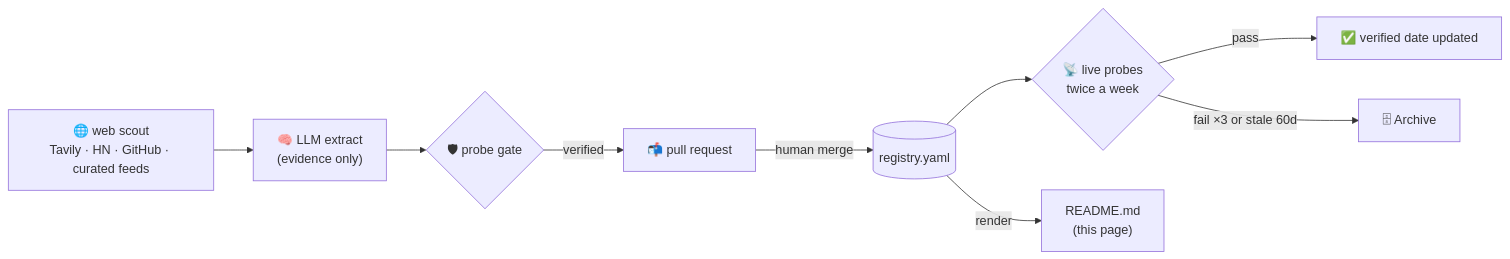
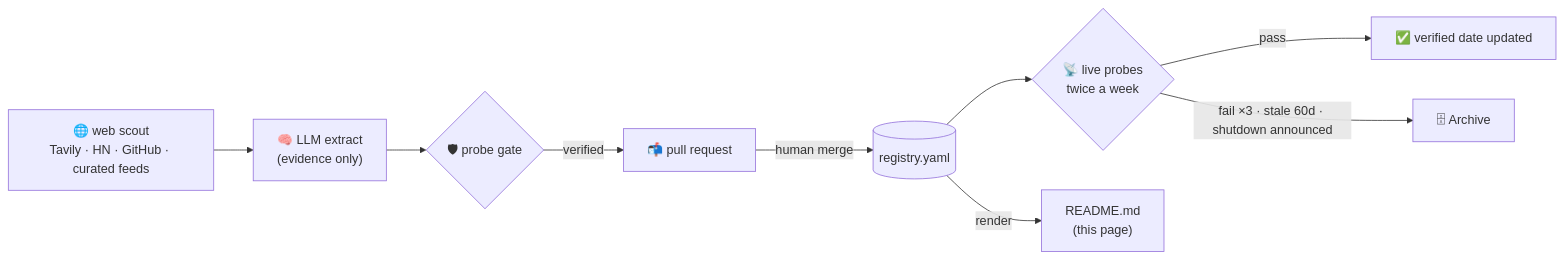
Before and after one commit to mvalentsev/awesome-free-ai-coding: the diagram in README.md, drawn with Mermaid. The commit also changed other lines of this file and 7 other files, not shown here.

````diff
--- a/README.md
+++ b/README.md
@@ -118,11 +119,11 @@
 ```mermaid
 flowchart LR
     S["🌐 web scout<br/>Tavily · HN · GitHub · curated feeds"] --> L["🧠 LLM extract<br/>(evidence only)"]
     L --> G{"🛡 probe gate"}
     G -->|verified| PR["📬 pull request"]
     PR -->|human merge| R[("registry.yaml")]
     R --> P{"📡 live probes<br/>twice a week"}
     P -->|pass| V["✅ verified date updated"]
-    P -->|fail ×3 or stale 60d| A["🗄 Archive"]
+    P -->|fail ×3 · stale 60d · shutdown announced| A["🗄 Archive"]
     R -->|render| MD["README.md<br/>(this page)"]
 ```
````
